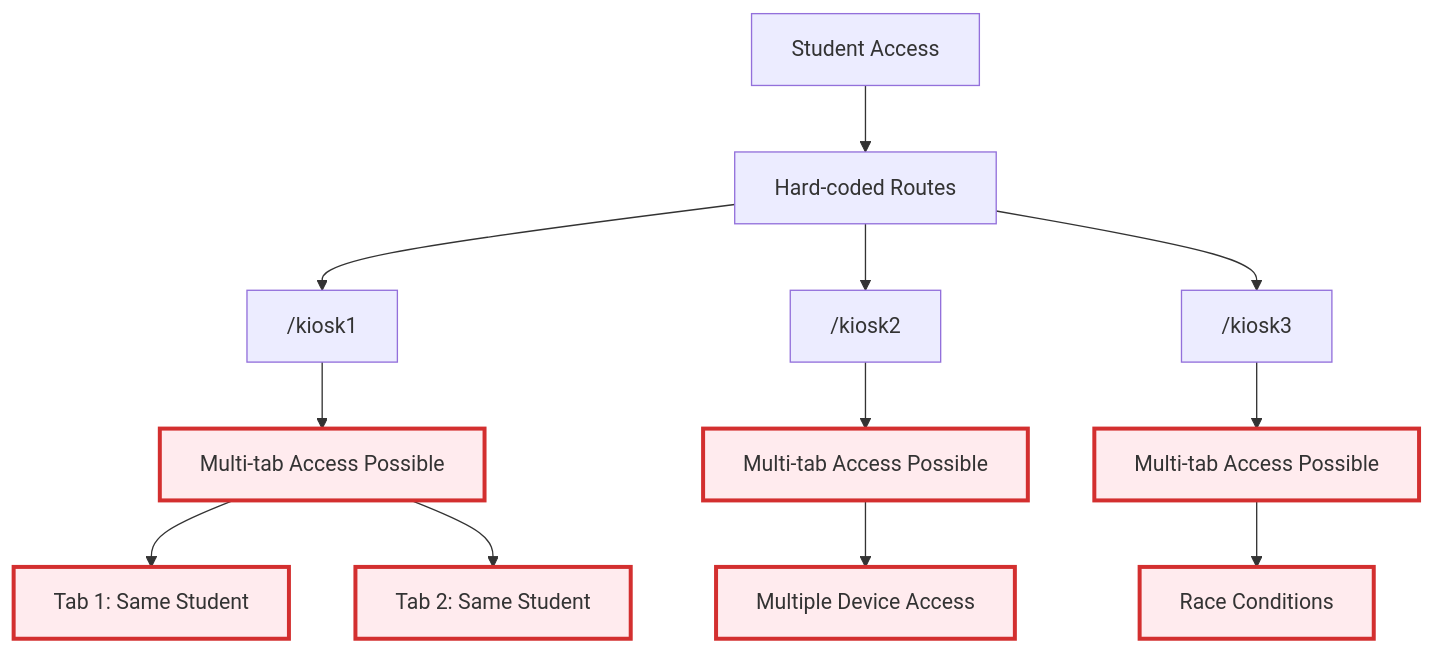
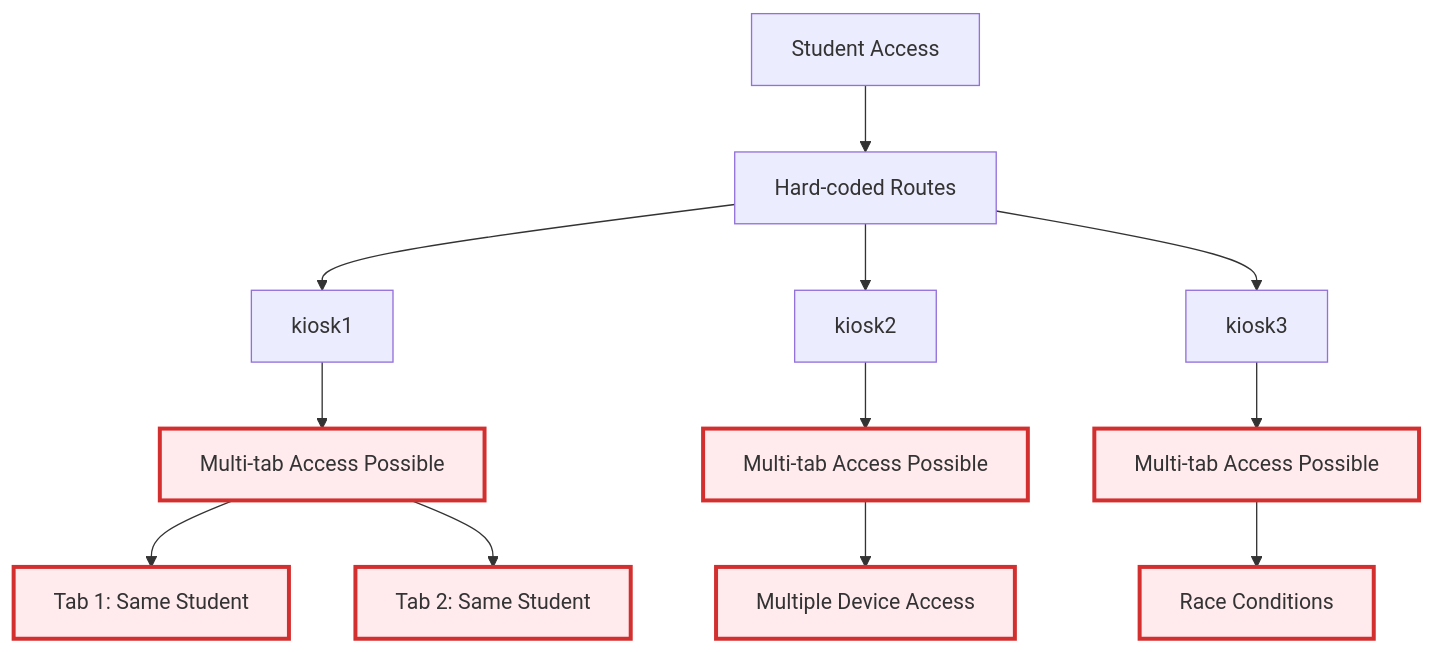
Before and after one commit to Splurfa/bx-os: the first of 5 diagrams in Docs/Flowcharts/Current-State/02-current-kiosk-logic.md, drawn with Mermaid. The commit also changed other lines of this file and 9 other files, not shown here.

First line of the commit message:
Fix Mermaid syntax errors

````diff
--- a/Docs/Flowcharts/Current-State/02-current-kiosk-logic.md
+++ b/Docs/Flowcharts/Current-State/02-current-kiosk-logic.md
@@ -7,24 +7,24 @@
 ```mermaid
 flowchart TD
     A[Student Access] --> B[Hard-coded Routes]
-    B --> C["/kiosk1"]
-    B --> D["/kiosk2"] 
-    B --> E["/kiosk3"]
+    B --> C[kiosk1]
+    B --> D[kiosk2] 
+    B --> E[kiosk3]
     
     C --> F[Multi-tab Access Possible]
     D --> G[Multi-tab Access Possible]
     E --> H[Multi-tab Access Possible]
     
     F --> I[Tab 1: Same Student]
     F --> J[Tab 2: Same Student]
     G --> K[Multiple Device Access]
     H --> L[Race Conditions]
     
     style F fill:#ffebee,stroke:#d32f2f,stroke-width:3px
     style G fill:#ffebee,stroke:#d32f2f,stroke-width:3px
     style H fill:#ffebee,stroke:#d32f2f,stroke-width:3px
     style I fill:#ffebee,stroke:#d32f2f,stroke-width:3px
     style J fill:#ffebee,stroke:#d32f2f,stroke-width:3px
     style K fill:#ffebee,stroke:#d32f2f,stroke-width:3px
     style L fill:#ffebee,stroke:#d32f2f,stroke-width:3px
 ```
````
